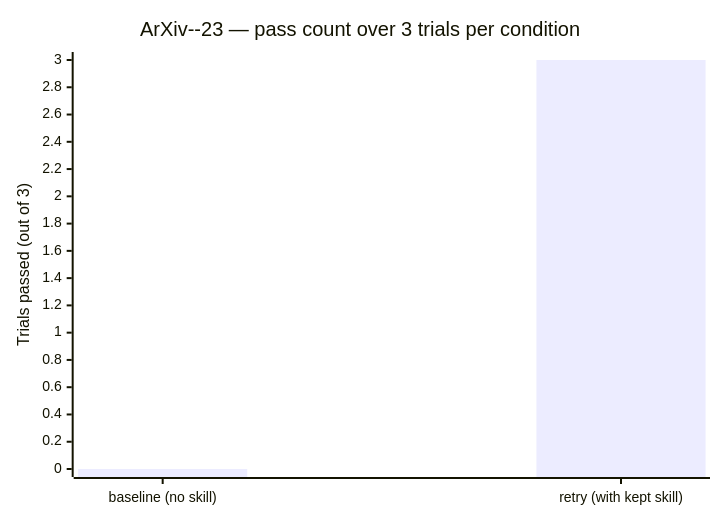
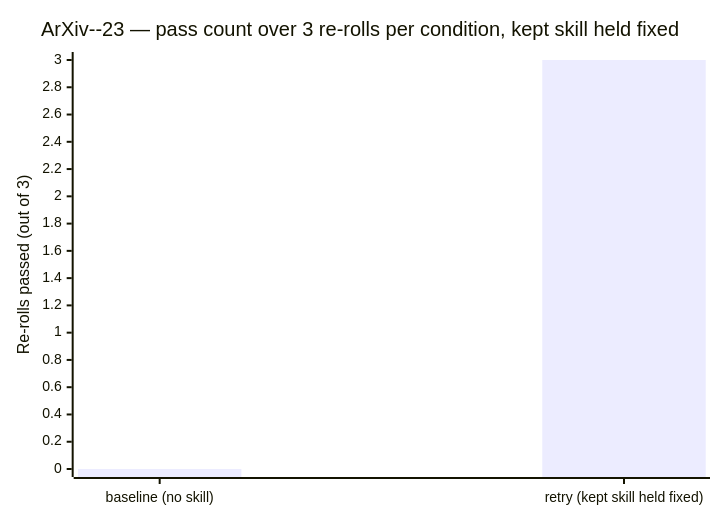
The third of 4 diagrams in README.md (renantrendt/gemini-cu-skill-loop), drawn with Mermaid before and after one commit. The commit also changed other lines of this file and 2 other files, not shown here.

````diff
--- a/README.md
+++ b/README.md
@@ -372,7 +397,7 @@
 ```mermaid
 xychart-beta
-    title "ArXiv--23 — pass count over 3 trials per condition"
-    x-axis ["baseline (no skill)", "retry (with kept skill)"]
-    y-axis "Trials passed (out of 3)" 0 --> 3
+    title "ArXiv--23 — pass count over 3 re-rolls per condition, kept skill held fixed"
+    x-axis ["baseline (no skill)", "retry (kept skill held fixed)"]
+    y-axis "Re-rolls passed (out of 3)" 0 --> 3
     bar [0, 3]
 ```
````
